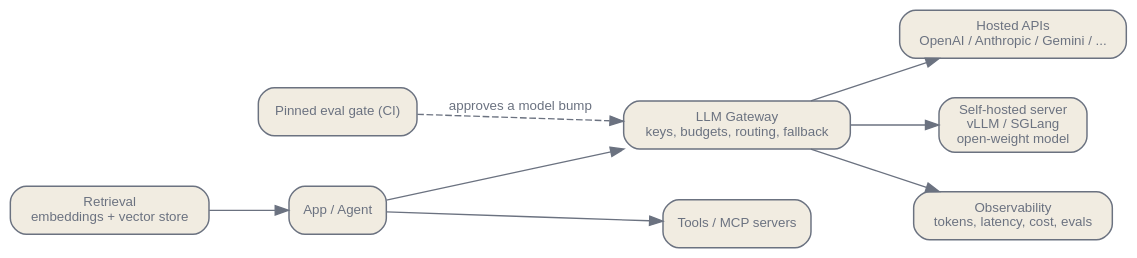
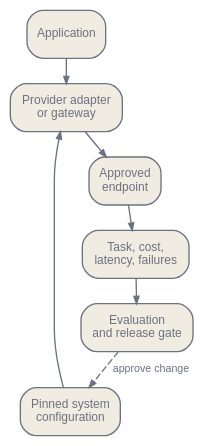
Before and after one commit to latere-ai/ai-as-an-infrastructure: the second of 2 diagrams in en/practice/01-choosing-a-model.qmd, drawn with Graphviz. The commit also changed other lines of this file and 5 other files, not shown here.

````diff
--- a/en/practice/01-choosing-a-model.qmd
+++ b/en/practice/01-choosing-a-model.qmd
@@ -373,28 +357,25 @@
 ```{dot}
 //| label: fig-model-wiring
-//| fig-cap: "Where the model choice plugs in. The app talks only to the gateway; pinned model IDs and the eval gate sit between the boards and production."
+//| fig-cap: "The deployment seam. Versioned configuration drives an adapter or gateway; telemetry feeds the evaluation gate, and only an approved configuration is promoted."
 digraph {
   bgcolor="transparent";
-  rankdir=LR;
-  nodesep=0.4; ranksep=0.5;
-  node [shape=box, style="rounded,filled", fontname="Helvetica", fontsize=10, color="#6b7280", fontcolor="#6b7280", fillcolor="#f1ece1", penwidth=1.1];
-  edge [fontsize=10, fontname="Helvetica", color="#6b7280", fontcolor="#6b7280"];
+  rankdir=TB;
+  nodesep=0.18; ranksep=0.25;
+  node [shape=box, style="rounded,filled", fontname="Helvetica", fontsize=9, color="#6b7280", fontcolor="#6b7280", fillcolor="#f1ece1", margin="0.06,0.04"];
+  edge [fontsize=8, fontname="Helvetica", color="#6b7280", fontcolor="#6b7280", arrowsize=0.55];
 
-  app [label="App / Agent"];
-  gw [label="LLM Gateway\nkeys, budgets, routing, fallback"];
-  hosted [label="Hosted APIs\nOpenAI / Anthropic / Gemini / ..."];
-  selfhost [label="Self-hosted server\nvLLM / SGLang\nopen-weight model"];
-  ret [label="Retrieval\nembeddings + vector store"];
-  tools [label="Tools / MCP servers"];
-  obs [label="Observability\ntokens, latency, cost, evals"];
-  eval [label="Pinned eval gate (CI)"];
+  app [label="Application"];
+  config [label="Pinned system\nconfiguration"];
+  adapter [label="Provider adapter\nor gateway"];
+  endpoint [label="Approved\nendpoint"];
+  telemetry [label="Task, cost,\nlatency, failures"];
+  eval [label="Evaluation\nand release gate"];
 
-  app -> gw;
-  gw -> hosted;
-  gw -> selfhost;
-  ret -> app;
-  app -> tools;
-  gw -> obs;
-  eval -> gw [style=dashed, label="approves a model bump"];
+  app -> adapter;
+  config -> adapter;
+  adapter -> endpoint;
+  endpoint -> telemetry;
+  telemetry -> eval;
+  eval -> config [style=dashed, label="approve change"];
 }
 ```
````
